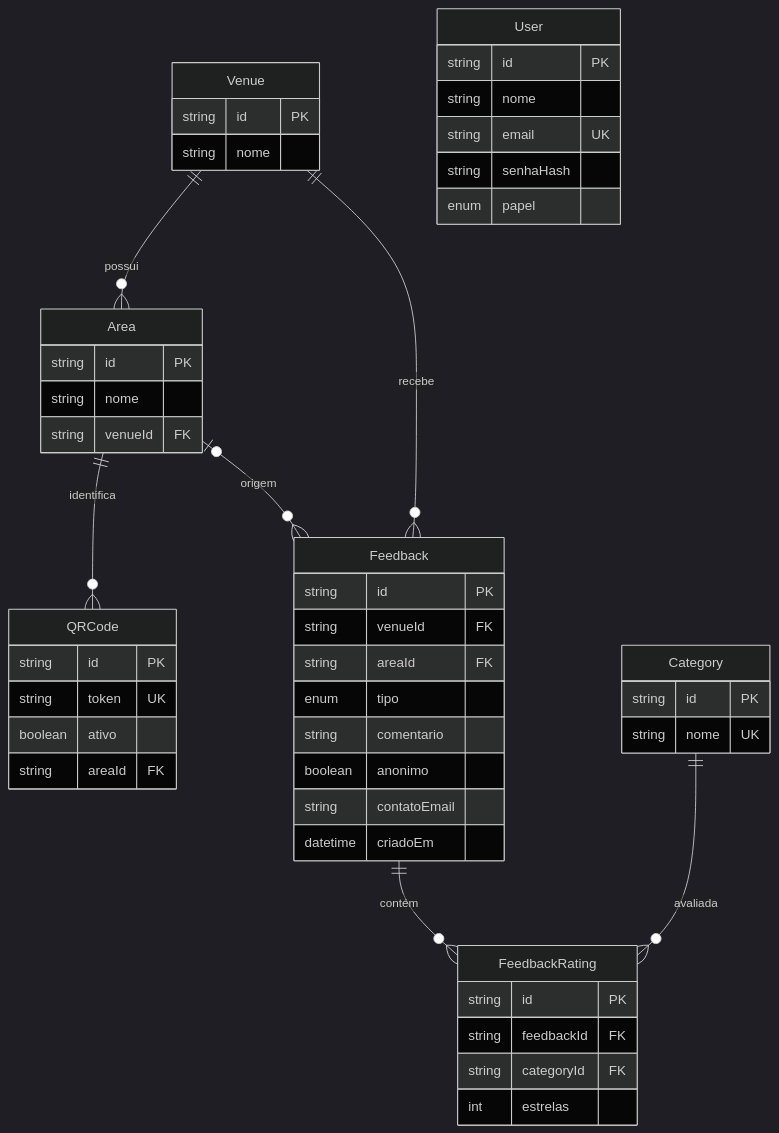
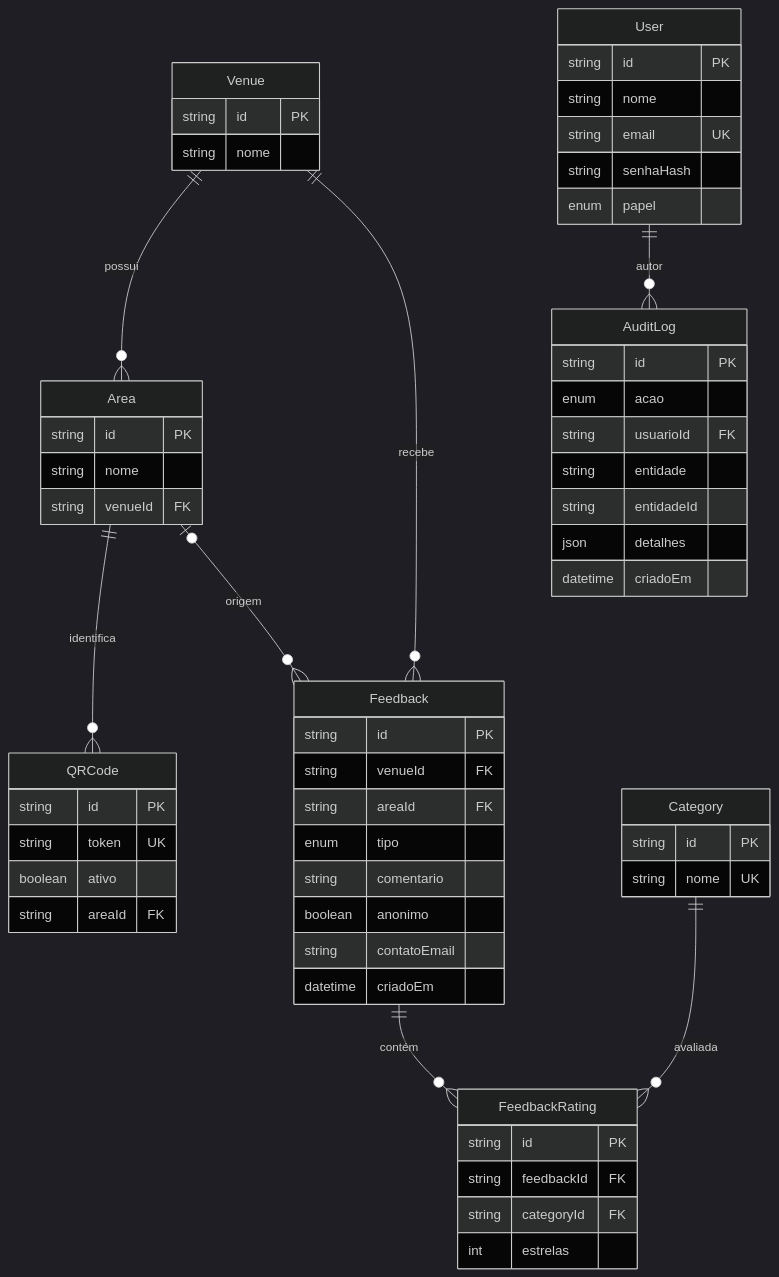
One commit to mendoncaluucas/ECHO changed the diagram in docs/MODELO-DADOS.md. Above: the diagram before and after it, drawn with Mermaid (dark theme). The commit also changed other lines of this file and 3 other files, not shown here.

````diff
--- a/docs/MODELO-DADOS.md
+++ b/docs/MODELO-DADOS.md
@@ -9,51 +9,61 @@
 ```mermaid
 erDiagram
     Venue    ||--o{ Area           : possui
     Area     ||--o{ QRCode         : identifica
     Venue    ||--o{ Feedback       : recebe
     Area     |o--o{ Feedback       : origem
     Feedback ||--o{ FeedbackRating : contém
     Category ||--o{ FeedbackRating : avaliada
+    User     ||--o{ AuditLog       : autor
+    AuditLog {
+        string   id PK
+        enum     acao
+        string   usuarioId FK
+        string   entidade
+        string   entidadeId
+        json     detalhes
+        datetime criadoEm
+    }
     User     {
         string id PK
         string nome
         string email UK
         string senhaHash
         enum   papel
     }
     Venue {
         string id PK
         string nome
     }
     Area {
         string id PK
         string nome
         string venueId FK
     }
     QRCode {
         string  id PK
         string  token UK
         boolean ativo
         string  areaId FK
     }
     Category {
         string id PK
         string nome UK
     }
     Feedback {
         string   id PK
         string   venueId FK
         string   areaId FK
         enum     tipo
         string   comentario
         boolean  anonimo
         string   contatoEmail
         datetime criadoEm
     }
     FeedbackRating {
         string id PK
         string feedbackId FK
         string categoryId FK
         int    estrelas
     }
 ```
````
